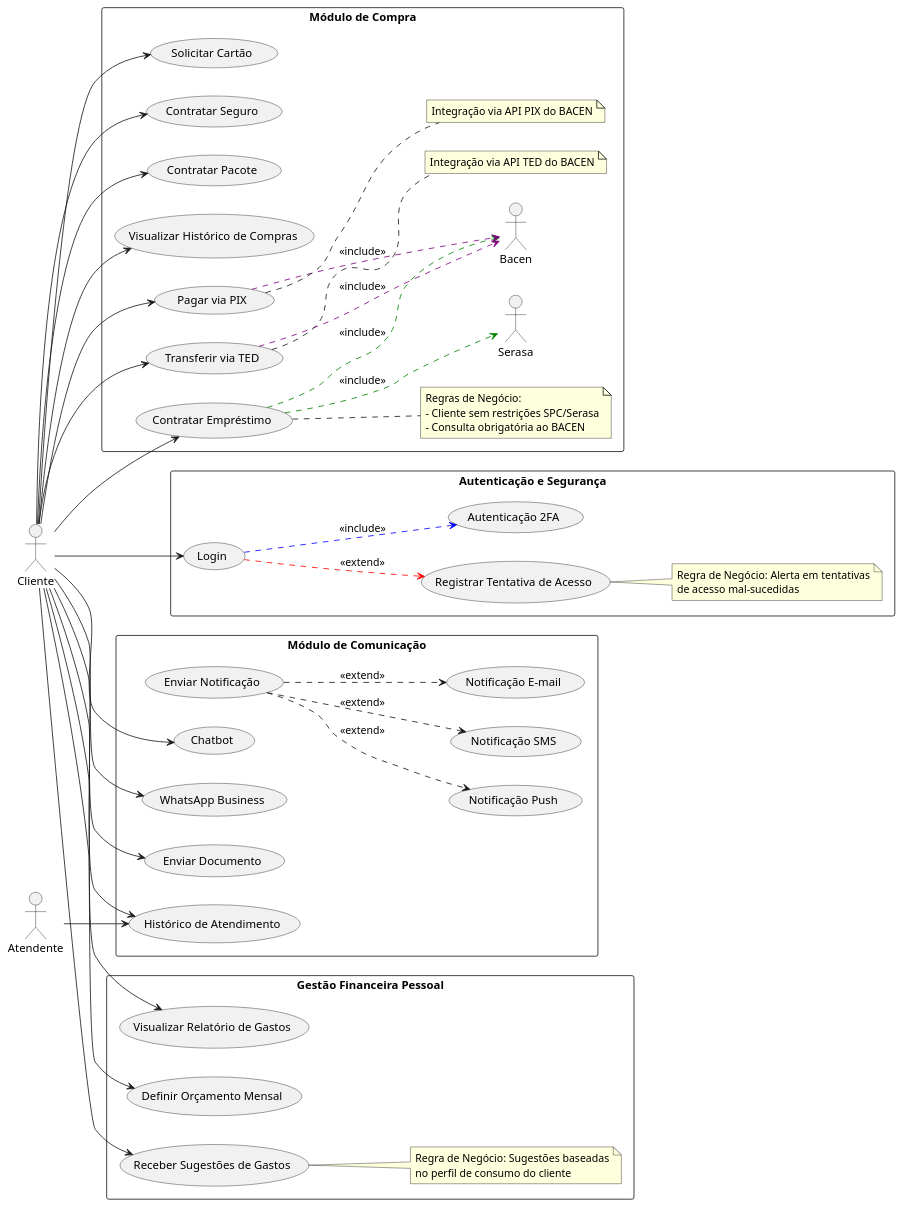
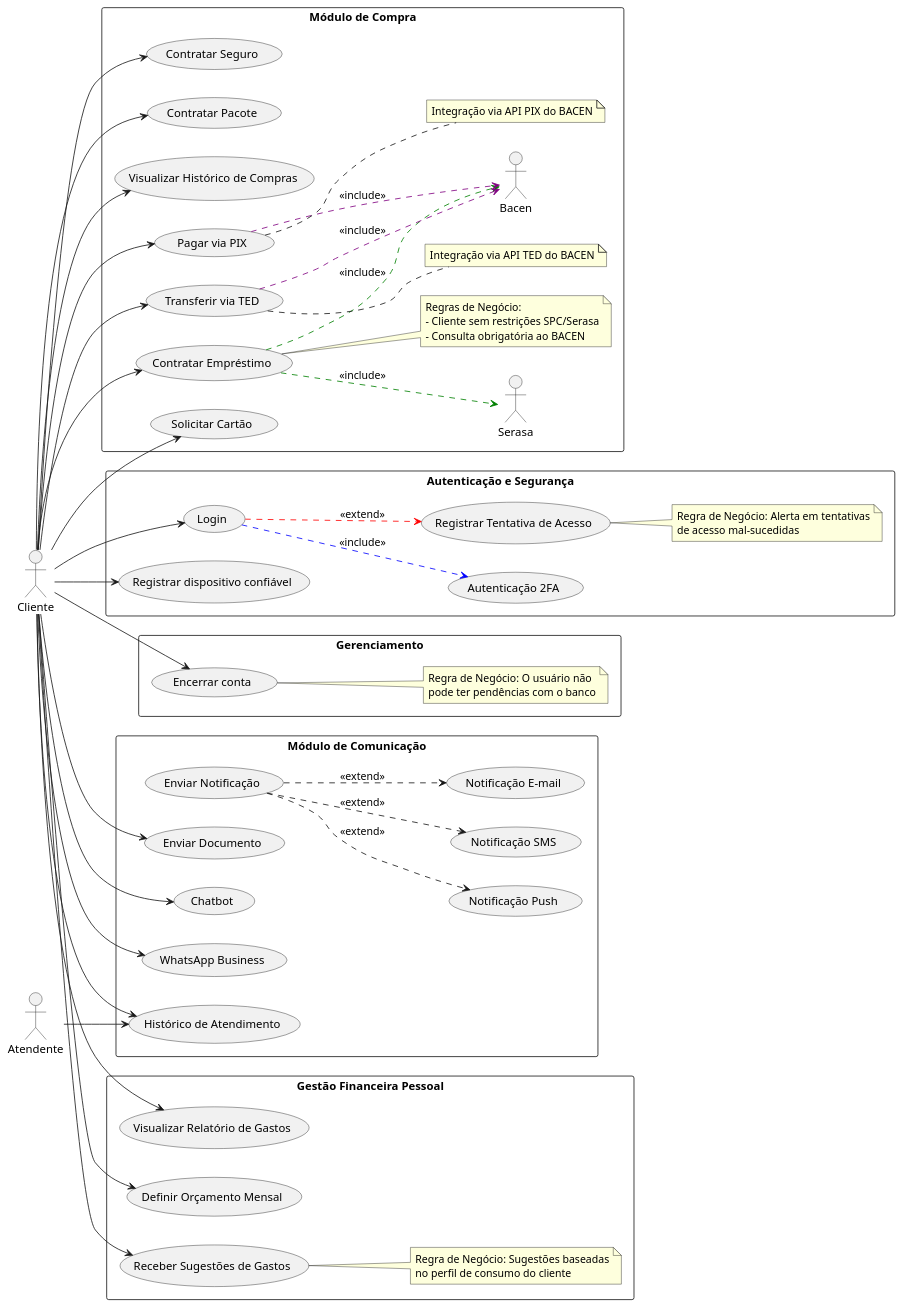
One commit to Jphn/vitta-next changed the diagram in casos-de-uso/index.puml. Above: the diagram before and after it, drawn with PlantUML. The commit also changed 5 other files, not shown here.

Commit message:
adicionar encerrar conta e registrar dispositivo de confiança

```diff
--- a/casos-de-uso/index.puml
+++ b/casos-de-uso/index.puml
@@ -1,99 +1,111 @@
 @startuml Casos de Uso
 left to right direction
 skinparam packageStyle rectangle
 
 actor Cliente
 actor Atendente
 
 ' Pacote: Módulo de Compra
 package "Módulo de Compra" {
   usecase "Contratar Empréstimo"             as UC_Emprestimo
   usecase "Solicitar Cartão"                  as UC_Cartao
   usecase "Contratar Seguro"                  as UC_Seguro
   usecase "Contratar Pacote"                  as UC_Pacote
   usecase "Visualizar Histórico de Compras"    as UC_HistCompras
   usecase "Pagar via PIX"                     as UC_PIX
   usecase "Transferir via TED"                     as UC_TED
 
   Cliente --> UC_Emprestimo
   Cliente --> UC_Cartao
   Cliente --> UC_Seguro
   Cliente --> UC_Pacote
   Cliente --> UC_HistCompras
   Cliente --> UC_PIX
   Cliente --> UC_TED
 
   UC_Emprestimo .[#green].> Serasa          : <<include>>
   UC_Emprestimo .[#green].> Bacen           : <<include>>
   note right of UC_Emprestimo
     Regras de Negócio:
     - Cliente sem restrições SPC/Serasa
     - Consulta obrigatória ao BACEN
   end note
 
   UC_PIX .[#purple].> Bacen                   : <<include>>
   note right of UC_PIX
     Integração via API PIX do BACEN
   end note
 
   UC_TED .[#purple].> Bacen                   : <<include>>
   note right of UC_TED
     Integração via API TED do BACEN
   end note
 }
 
 ' Pacote: Autenticação e Segurança
 package "Autenticação e Segurança" {
   usecase "Login"                           as UC_Login
   usecase "Autenticação 2FA"               as UC_2FA
   usecase "Registrar Tentativa de Acesso"   as UC_RegistroAcesso
+  usecase "Registrar dispositivo confiável" as UC_DispConf
 
+  Cliente --> UC_DispConf
   Cliente --> UC_Login
   UC_Login .[#blue].> UC_2FA                 : <<include>>
   UC_Login .[#red].> UC_RegistroAcesso       : <<extend>>
   note right of UC_RegistroAcesso
     Regra de Negócio: Alerta em tentativas
     de acesso mal-sucedidas
+  end note
+}
+
+package "Gerenciamento" {
+  usecase "Encerrar conta" as UC_Encerrar
+
+  Cliente --> UC_Encerrar
+  note right of UC_Encerrar
+    Regra de Negócio: O usuário não 
+    pode ter pendências com o banco
   end note
 }
 
 ' Pacote: Módulo de Comunicação
 package "Módulo de Comunicação" {
   usecase "Enviar Notificação"              as UC_Notif
   usecase "Notificação Push"                as UC_Push
   usecase "Notificação SMS"                 as UC_SMS
   usecase "Notificação E-mail"              as UC_Email
   usecase "Chatbot"                         as UC_Chatbot
   usecase "WhatsApp Business"               as UC_Zap
   usecase "Histórico de Atendimento"        as UC_HistAtend
   usecase "Enviar Documento"                as UC_EnvDoc
 
   Cliente --> UC_Chatbot
   Cliente --> UC_Zap
   Cliente --> UC_HistAtend
   Cliente --> UC_EnvDoc
 
   UC_Notif ..> UC_Push                       : <<extend>>
   UC_Notif ..> UC_SMS                        : <<extend>>
   UC_Notif ..> UC_Email                      : <<extend>>
 
   Atendente --> UC_HistAtend
 }
 
 ' Pacote: Gestão Financeira Pessoal
 package "Gestão Financeira Pessoal" {
   usecase "Visualizar Relatório de Gastos"   as UC_RelGastos
   usecase "Definir Orçamento Mensal"         as UC_OrcMensal
   usecase "Receber Sugestões de Gastos"      as UC_Sugestao
 
   Cliente --> UC_RelGastos
   Cliente --> UC_OrcMensal
   Cliente --> UC_Sugestao
 
   note right of UC_Sugestao
     Regra de Negócio: Sugestões baseadas
     no perfil de consumo do cliente
   end note
 }
 
 @enduml
```
